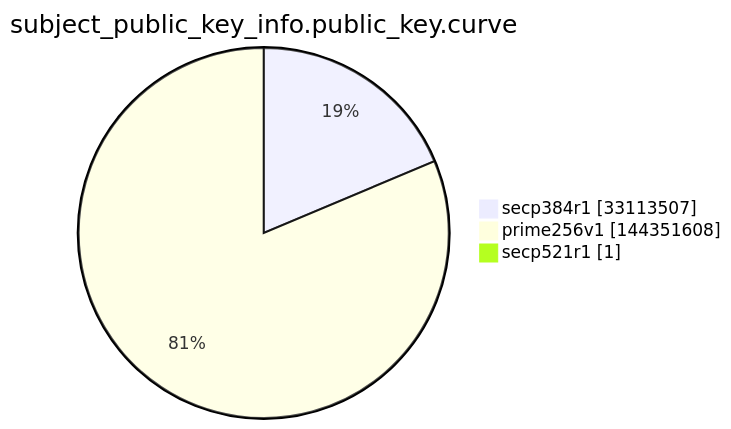
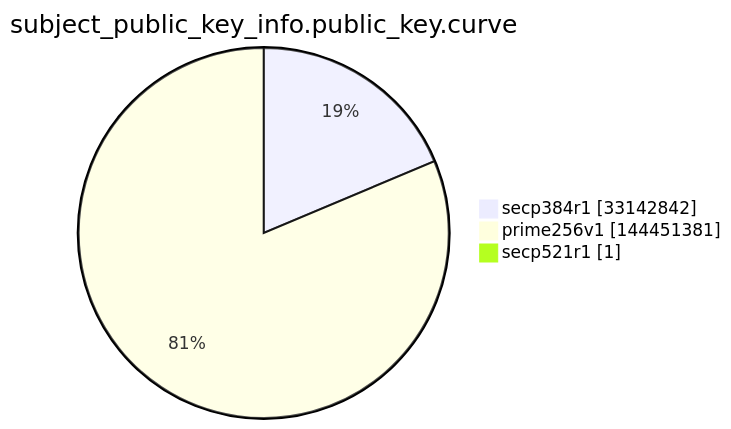
Before and after one commit to christiankrug/ctmonitor_visualization: the ninth of 15 diagrams in argon2022/README.md, drawn with Mermaid. The commit also changed other lines of this file, not shown here.

````diff
--- a/argon2022/README.md
+++ b/argon2022/README.md
@@ -2764,7 +2764,7 @@
 ```mermaid
 pie showData
 title subject_public_key_info.public_key.curve
-"secp384r1" :33113507
-"prime256v1" :144351608
+"secp384r1" :33142842
+"prime256v1" :144451381
 "secp521r1" :1
 ```
````
